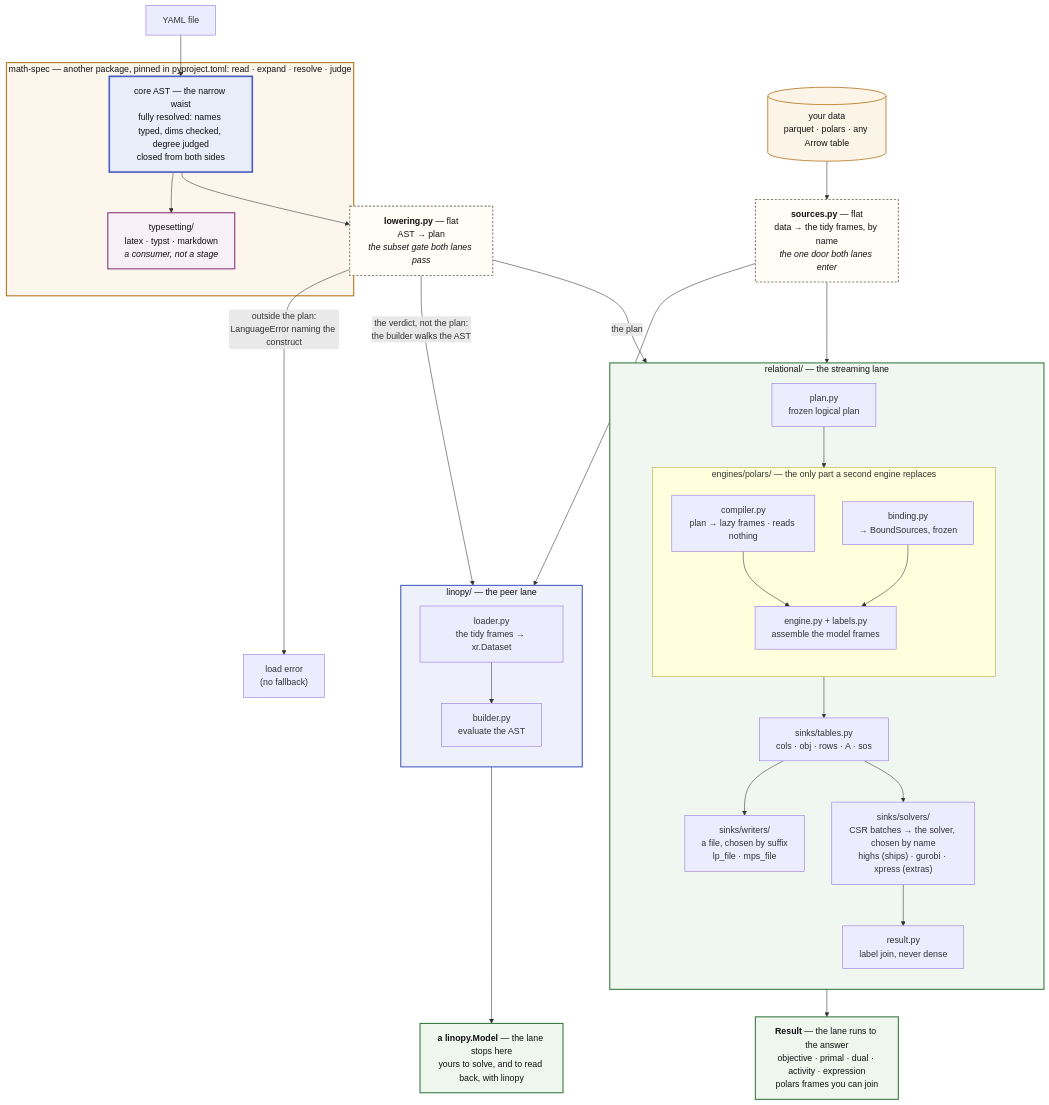
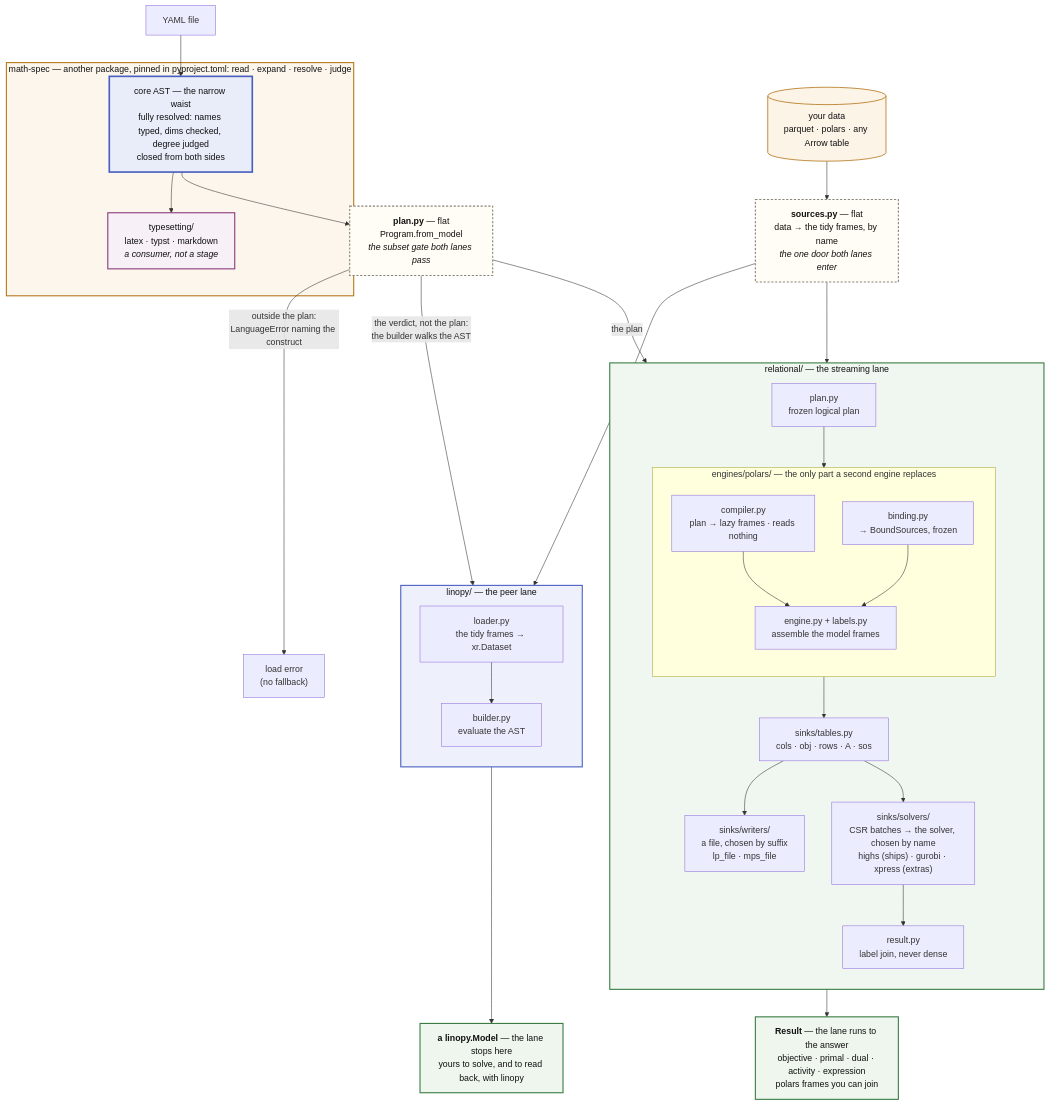
Before and after one commit to FBumann/linopy-yaml: the first of 2 diagrams in docs/about/architecture.md, drawn with Mermaid. The commit also changed other lines of this file and 20 other files, not shown here.

````diff
--- a/docs/about/architecture.md
+++ b/docs/about/architecture.md
@@ -73,63 +73,63 @@
 ```mermaid
 flowchart TB
     Y[YAML file] --> AST
     DATA[("your data<br/>parquet · polars · any Arrow table")] --> SRC
 
     subgraph MS["math-spec — another package, pinned in pyproject.toml: read · expand · resolve · judge"]
         AST["core AST — the narrow waist<br/>fully resolved: names typed, dims checked, degree judged<br/>closed from both sides"]
         AST --> TS["typesetting/<br/>latex · typst · markdown<br/><i>a consumer, not a stage</i>"]
     end
 
     AST --> LOWER
     %% layout only: puts the two seams on one rank
     AST ~~~ SRC
 
-    LOWER["<b>lowering.py</b> — flat<br/>AST → plan<br/><i>the subset gate both lanes pass</i>"]
+    LOWER["<b>plan.py</b> — flat<br/>Program.from_model<br/><i>the subset gate both lanes pass</i>"]
     SRC["<b>sources.py</b> — flat<br/>data → the tidy frames, by name<br/><i>the one door both lanes enter</i>"]
 
     LOWER -->|"outside the plan:<br/>LanguageError naming the construct"| ERR["load error<br/>(no fallback)"]
     LOWER -->|"the plan"| PLAN
     SRC --> BIND
     LOWER -->|"the verdict, not the plan:<br/>the builder walks the AST"| BUILD
     SRC --> LOAD
 
     subgraph REL["relational/ — the streaming lane"]
         direction TB
         PLAN["plan.py<br/>frozen logical plan"] --> ENG
         subgraph ENG["engines/polars/ — the only part a second engine replaces"]
             direction TB
             COMP["compiler.py<br/>plan → lazy frames · reads nothing"] --> ENGINE
             BIND["binding.py<br/>→ BoundSources, frozen"] --> ENGINE["engine.py + labels.py<br/>assemble the model frames"]
         end
         ENG --> TABLES["sinks/tables.py<br/>cols · obj · rows · A · sos"]
         TABLES --> LPS["sinks/writers/<br/>a file, chosen by suffix<br/>lp_file · mps_file"]
         TABLES --> DIRECT["sinks/solvers/<br/>CSR batches → the solver, chosen by name<br/>highs (ships) · gurobi · xpress (extras)"]
         DIRECT --> SOL["result.py<br/>label join, never dense"]
     end
 
     SOL --> ANS["<b>Result</b> — the lane runs to the answer<br/>objective · primal · dual · activity · expression<br/>polars frames you can join"]
 
     subgraph LIN["linopy/ — the peer lane"]
         direction TB
         LOAD["loader.py<br/>the tidy frames → xr.Dataset"] --> BUILD["builder.py<br/>evaluate the AST"]
     end
 
     BUILD --> MODEL["<b>a linopy.Model</b> — the lane stops here<br/>yours to solve, and to read back, with linopy"]
 
     classDef laneL fill:#fdf6ec,stroke:#b7791f,stroke-width:2px,color:#111
     classDef laneR fill:#f0f7f0,stroke:#3a7d44,stroke-width:2px,color:#111
     classDef laneE fill:#eef1fb,stroke:#4a5fc1,stroke-width:2px,color:#111
     classDef laneT fill:#f7f0f7,stroke:#8b3a7d,stroke-width:2px,color:#111
     classDef waist fill:#e9edfa,stroke:#4a5fc1,stroke-width:3px,color:#111
     classDef flat fill:#fffdf5,stroke:#8a8578,stroke-width:2px,stroke-dasharray:4 3,color:#111
     classDef data fill:#fdf4e8,stroke:#b7791f,stroke-width:1.5px,color:#111
     classDef out fill:#eef6ee,stroke:#3a7d44,stroke-width:2px,color:#111
     class MS laneL
     class REL laneR
     class LIN laneE
     class TS laneT
     class AST waist
     class LOWER,SRC flat
     class DATA data
     class ANS,MODEL out
 ```
````
